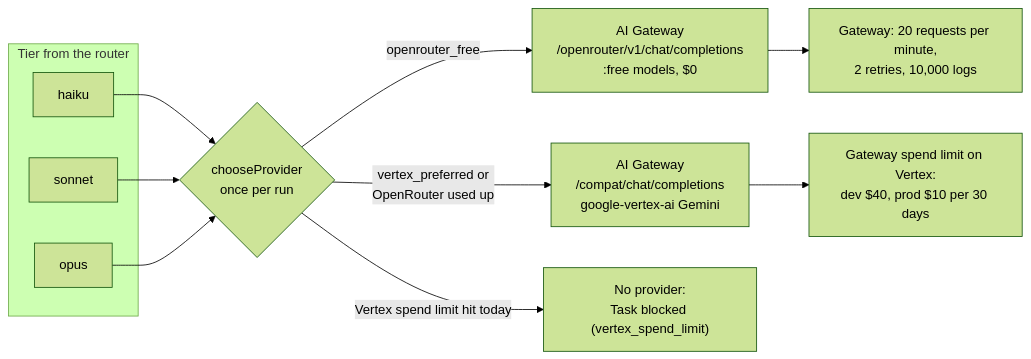
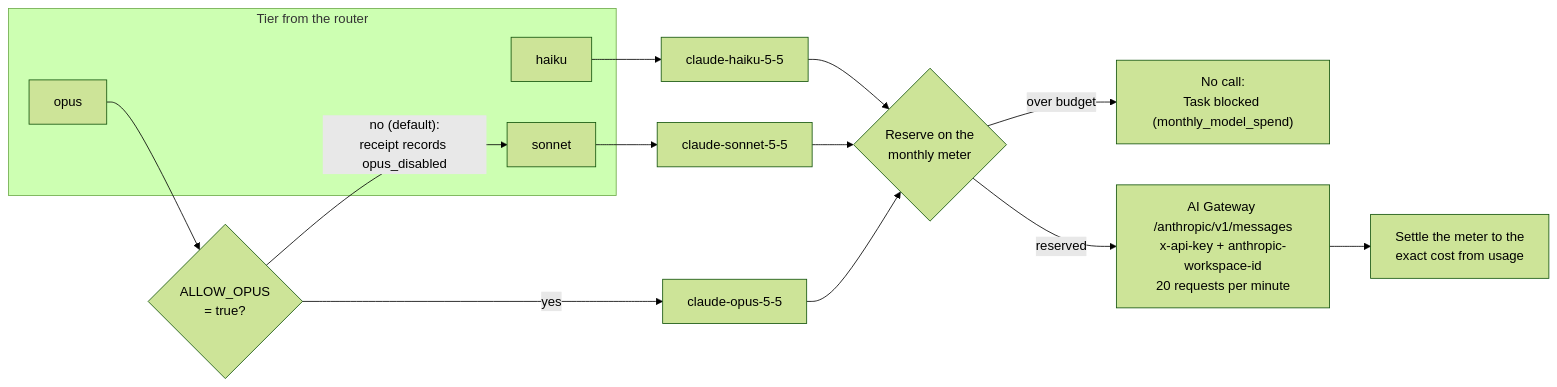
The fourth of 7 diagrams in docs/architecture/agents-and-models.md (nsudhanva/rhumbatron), drawn with Mermaid (forest theme) before and after one commit. The commit also changed other lines of this file and 8 other files, not shown here.

Commit message:
docs(docs): add adr 0021 for anthropic as the model provider and update cost docs

````diff
--- a/docs/architecture/agents-and-models.md
+++ b/docs/architecture/agents-and-models.md
@@ -138,17 +137,19 @@
 ```mermaid
 flowchart LR
   subgraph Tier["Tier from the router"]
     H["haiku"]
     S["sonnet"]
     O["opus"]
   end
-  CH{"chooseProvider<br/>once per run"}
-  H --> CH
-  S --> CH
-  O --> CH
-  CH -->|"openrouter_free"| OR["AI Gateway<br/>/openrouter/v1/chat/completions<br/>:free models, $0"]
-  CH -->|"vertex_preferred or<br/>OpenRouter used up"| VX["AI Gateway<br/>/compat/chat/completions<br/>google-vertex-ai Gemini"]
-  CH -->|"Vertex spend limit hit today"| STOP["No provider:<br/>Task blocked (vertex_spend_limit)"]
-  OR --> CAP["Gateway: 20 requests per minute,<br/>2 retries, 10,000 logs"]
-  VX --> SPEND["Gateway spend limit on Vertex:<br/>dev $40, prod $10 per 30 days"]
+  O --> OP{"ALLOW_OPUS<br/>= true?"}
+  OP -->|"no (default):<br/>receipt records opus_disabled"| S
+  OP -->|"yes"| OPUS["claude-opus-5-5"]
+  H --> HM["claude-haiku-5-5"]
+  S --> SM["claude-sonnet-5-5"]
+  HM --> RES{"Reserve on the<br/>monthly meter"}
+  SM --> RES
+  OPUS --> RES
+  RES -->|"over budget"| STOP["No call:<br/>Task blocked (monthly_model_spend)"]
+  RES -->|"reserved"| GW["AI Gateway /anthropic/v1/messages<br/>x-api-key + anthropic-workspace-id<br/>20 requests per minute"]
+  GW --> SETTLE["Settle the meter to the<br/>exact cost from usage"]
 ```
````
